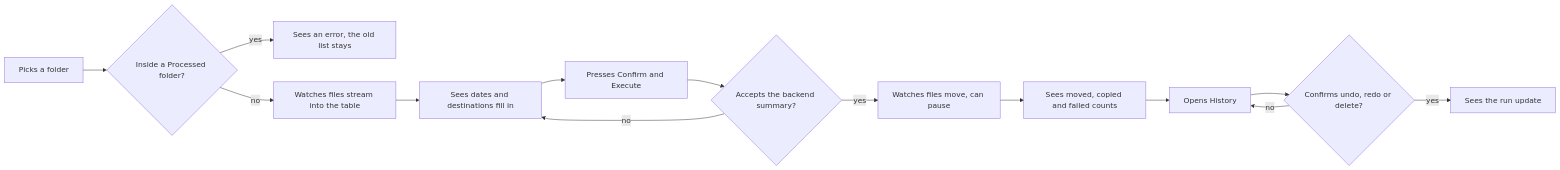
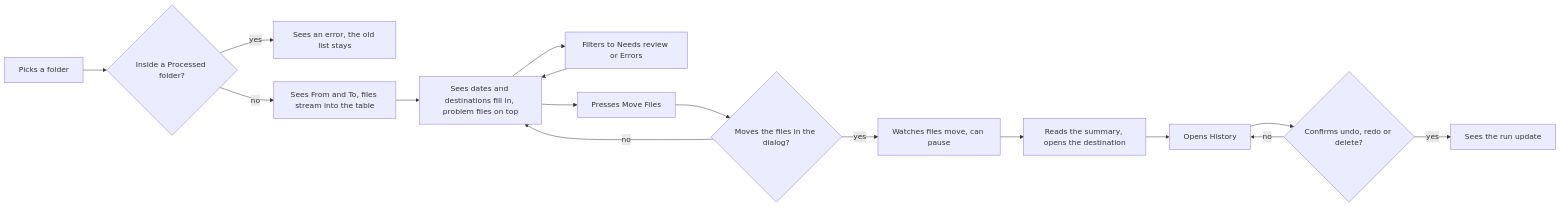
The first of 2 diagrams in src/README.md (oleg-chibikov/media-organizer), drawn with Mermaid before and after one commit. The commit also changed other lines of this file, not shown here.

Commit message:
docs(frontend): update the user flow for the new move steps

````diff
--- a/src/README.md
+++ b/src/README.md
@@ -41,16 +41,18 @@
 ```mermaid
 flowchart LR
   A["Picks a folder"] --> B{"Inside a Processed folder?"}
   B -->|yes| C["Sees an error, the old list stays"]
-  B -->|no| D["Watches files stream into the table"]
-  D --> E["Sees dates and destinations fill in"]
-  E --> F["Presses Confirm and Execute"]
-  F --> G{"Accepts the backend summary?"}
-  G -->|no| E
-  G -->|yes| H["Watches files move, can pause"]
-  H --> I["Sees moved, copied and failed counts"]
-  I --> J["Opens History"]
-  J --> K{"Confirms undo, redo or delete?"}
-  K -->|yes| L["Sees the run update"]
-  K -->|no| J
+  B -->|no| D["Sees From and To, files stream into the table"]
+  D --> E["Sees dates and destinations fill in, problem files on top"]
+  E --> F["Filters to Needs review or Errors"]
+  F --> E
+  E --> G["Presses Move Files"]
+  G --> H{"Moves the files in the dialog?"}
+  H -->|no| E
+  H -->|yes| I["Watches files move, can pause"]
+  I --> J["Reads the summary, opens the destination"]
+  J --> K["Opens History"]
+  K --> L{"Confirms undo, redo or delete?"}
+  L -->|yes| M["Sees the run update"]
+  L -->|no| K
 ```
````
